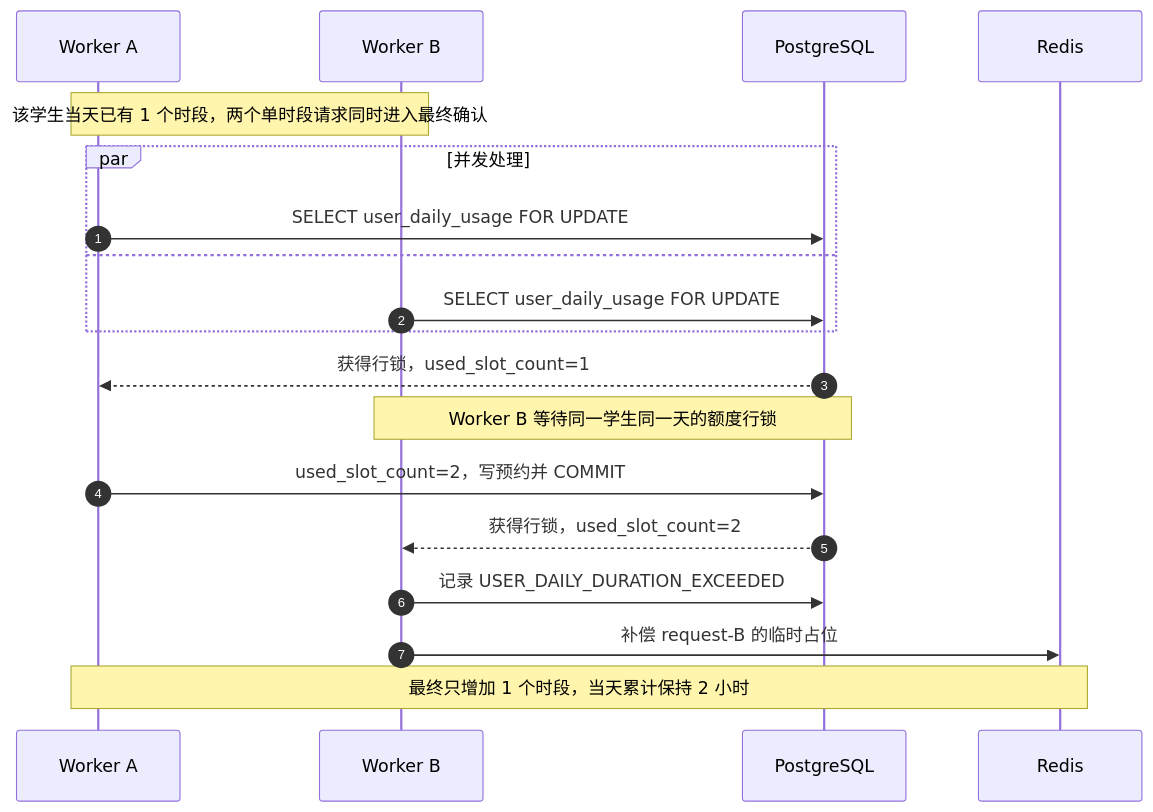
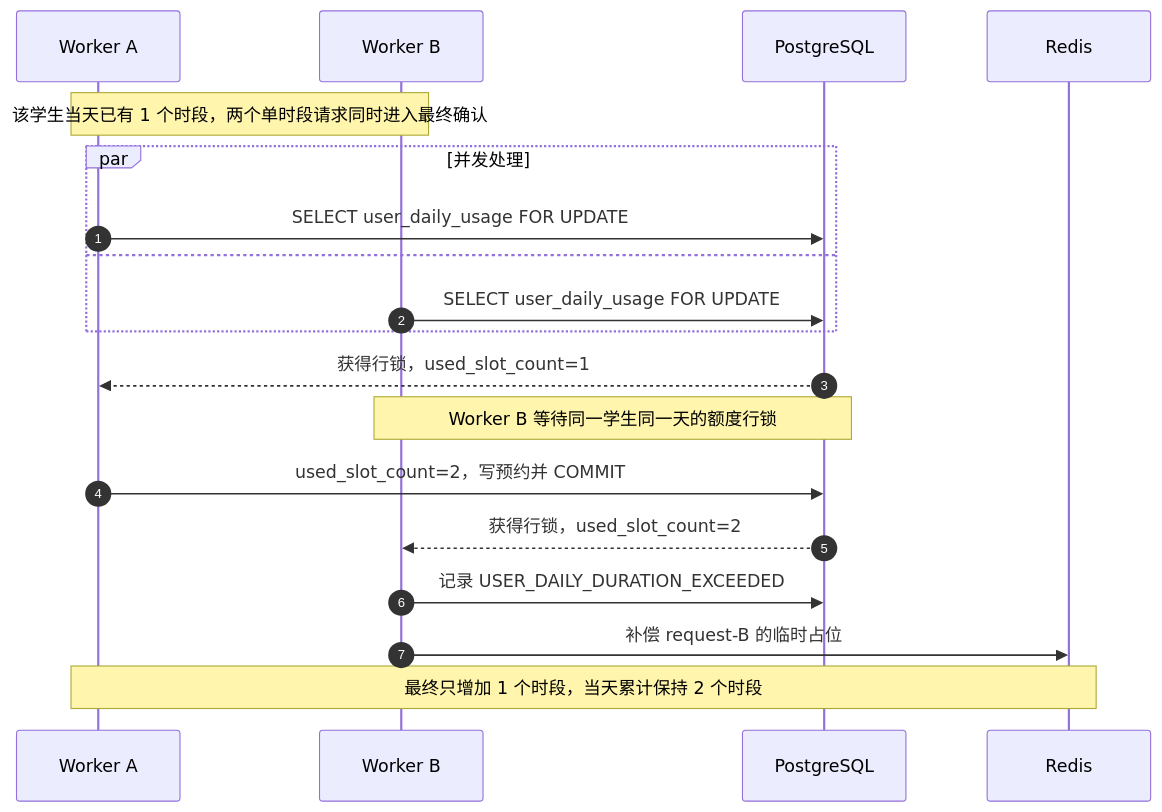
One commit to HuaYaoDong/CampusReserve changed the ninth of 13 diagrams in docs/project-plan.md. Above: the diagram before and after it, drawn with Mermaid. The commit also changed other lines of this file and 23 other files, not shown here.

````diff
--- a/docs/project-plan.md
+++ b/docs/project-plan.md
@@ -806,22 +795,22 @@
 ```mermaid
 sequenceDiagram
     autonumber
     participant W1 as Worker A
     participant W2 as Worker B
     participant DB as PostgreSQL
     participant R as Redis
 
     Note over W1,W2: 该学生当天已有 1 个时段，两个单时段请求同时进入最终确认
     par 并发处理
       W1->>DB: SELECT user_daily_usage FOR UPDATE
     and
       W2->>DB: SELECT user_daily_usage FOR UPDATE
     end
     DB-->>W1: 获得行锁，used_slot_count=1
     Note over W2,DB: Worker B 等待同一学生同一天的额度行锁
     W1->>DB: used_slot_count=2，写预约并 COMMIT
     DB-->>W2: 获得行锁，used_slot_count=2
     W2->>DB: 记录 USER_DAILY_DURATION_EXCEEDED
     W2->>R: 补偿 request-B 的临时占位
-    Note over W1,R: 最终只增加 1 个时段，当天累计保持 2 小时
+    Note over W1,R: 最终只增加 1 个时段，当天累计保持 2 个时段
 ```
````
